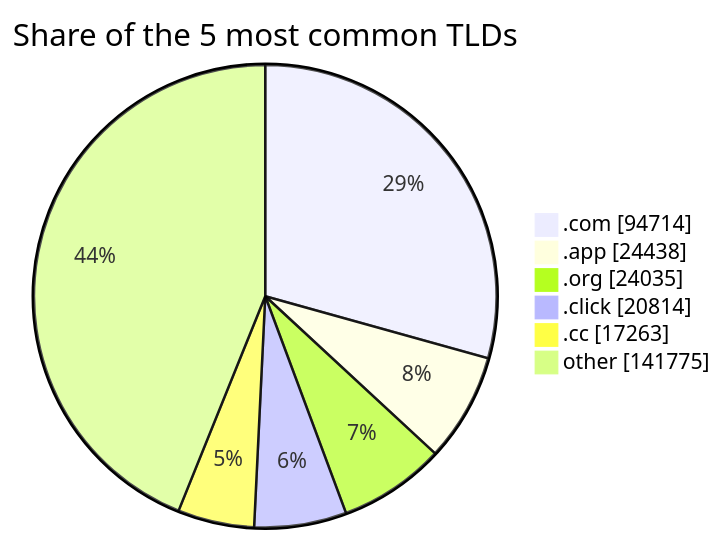
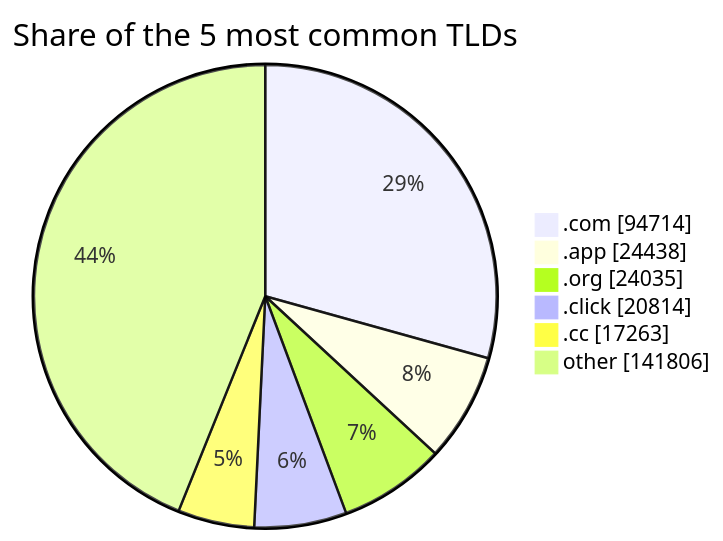
The third of 3 diagrams in README.md (DNSBunker/CTI), drawn with Mermaid before and after one commit. The commit also changed other lines of this file and 4 other files, not shown here.

````diff
--- a/README.md
+++ b/README.md
@@ -81,9 +81,9 @@
 ```mermaid
 pie showData title Share of the 5 most common TLDs
     ".com" : 94714
     ".app" : 24438
     ".org" : 24035
     ".click" : 20814
     ".cc" : 17263
-    "other" : 141775
+    "other" : 141806
 ```
````
